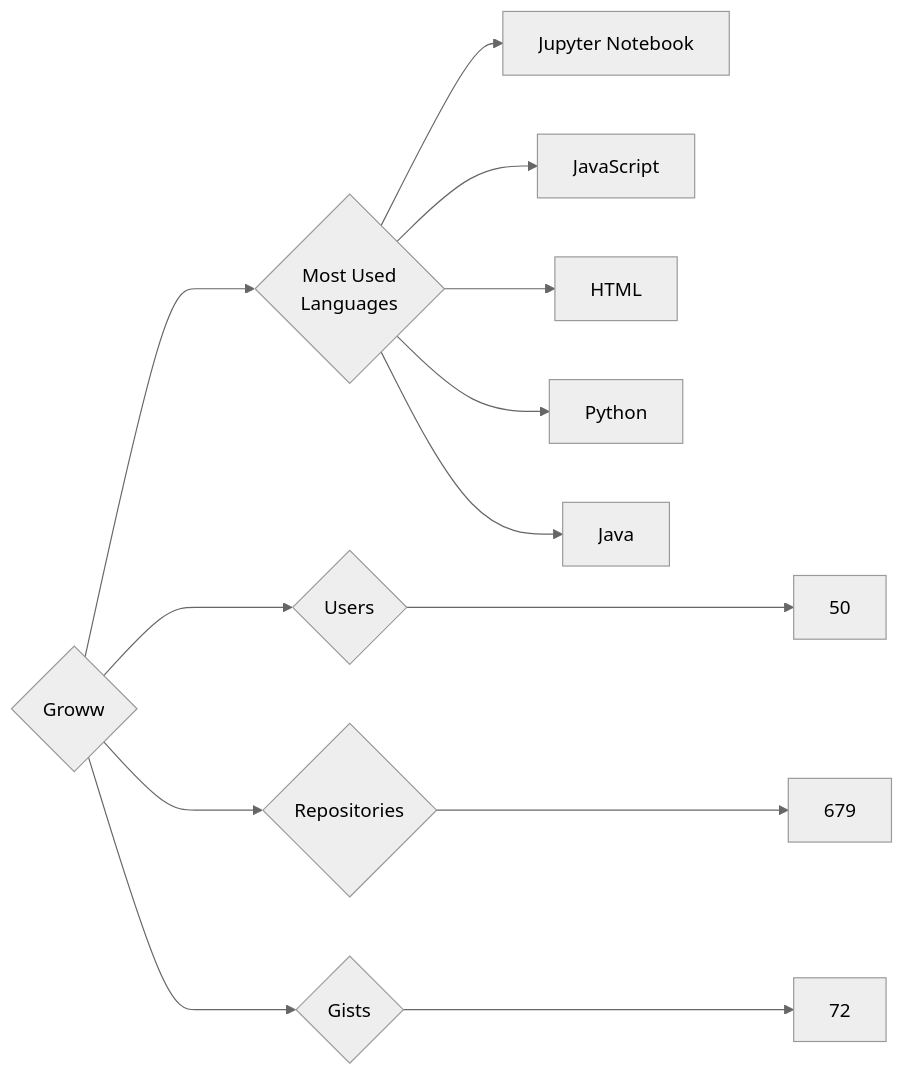
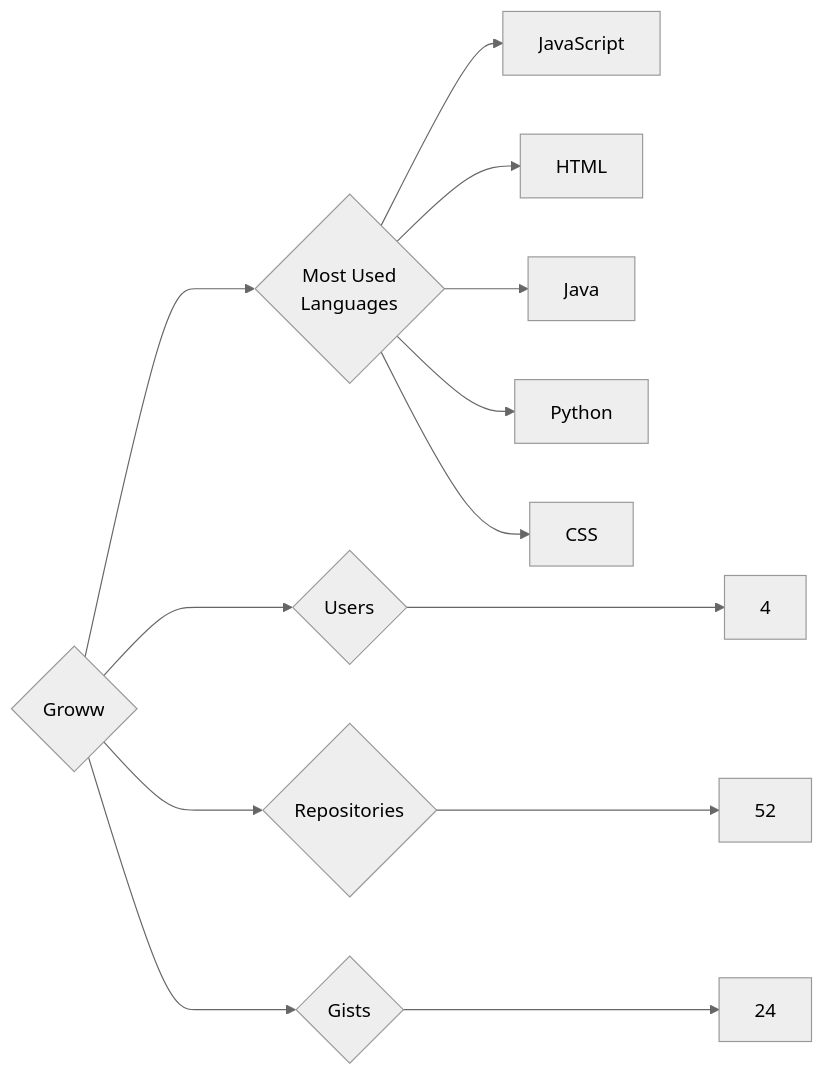
One commit to trickest/insiders changed the diagram in targets/Groww/README.md. Above: the diagram before and after it, drawn with Mermaid (neutral theme). The commit also changed 826 other files, not shown here.

````diff
--- a/targets/Groww/README.md
+++ b/targets/Groww/README.md
@@ -3,13 +3,13 @@
 ```mermaid
 graph LR
 COMPANY_NAME{Groww}
-COMPANY_NAME ---> U{Users} ---> UN[50]
-COMPANY_NAME ---> R{Repositories} ---> RN[679]
-COMPANY_NAME ---> G{Gists} ---> GN[72]
+COMPANY_NAME ---> U{Users} ---> UN[4]
+COMPANY_NAME ---> R{Repositories} ---> RN[52]
+COMPANY_NAME ---> G{Gists} ---> GN[24]
 COMPANY_NAME ---> ML{Most Used<br>Languages}
-ML --> Jupyter_Notebook[Jupyter Notebook]
 ML --> JavaScript[JavaScript]
 ML --> HTML[HTML]
+ML --> Java[Java]
 ML --> Python[Python]
-ML --> Java[Java]
+ML --> CSS[CSS]
 ```
````
